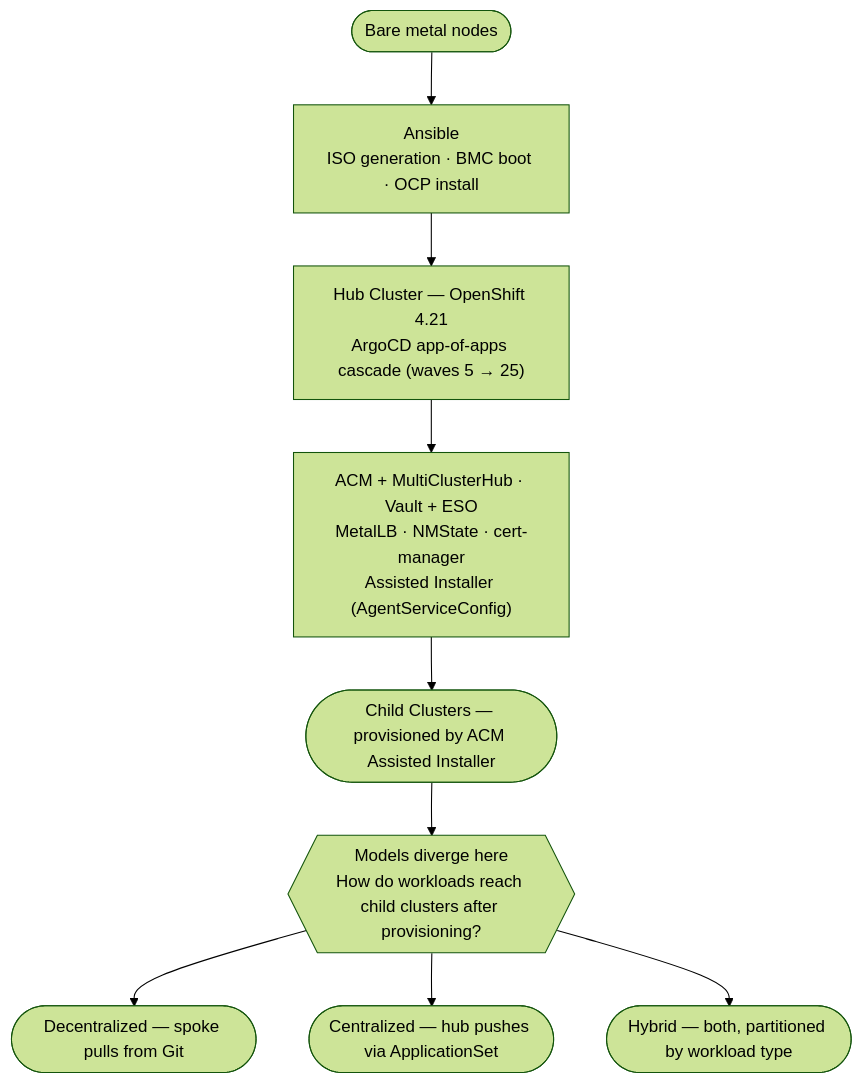
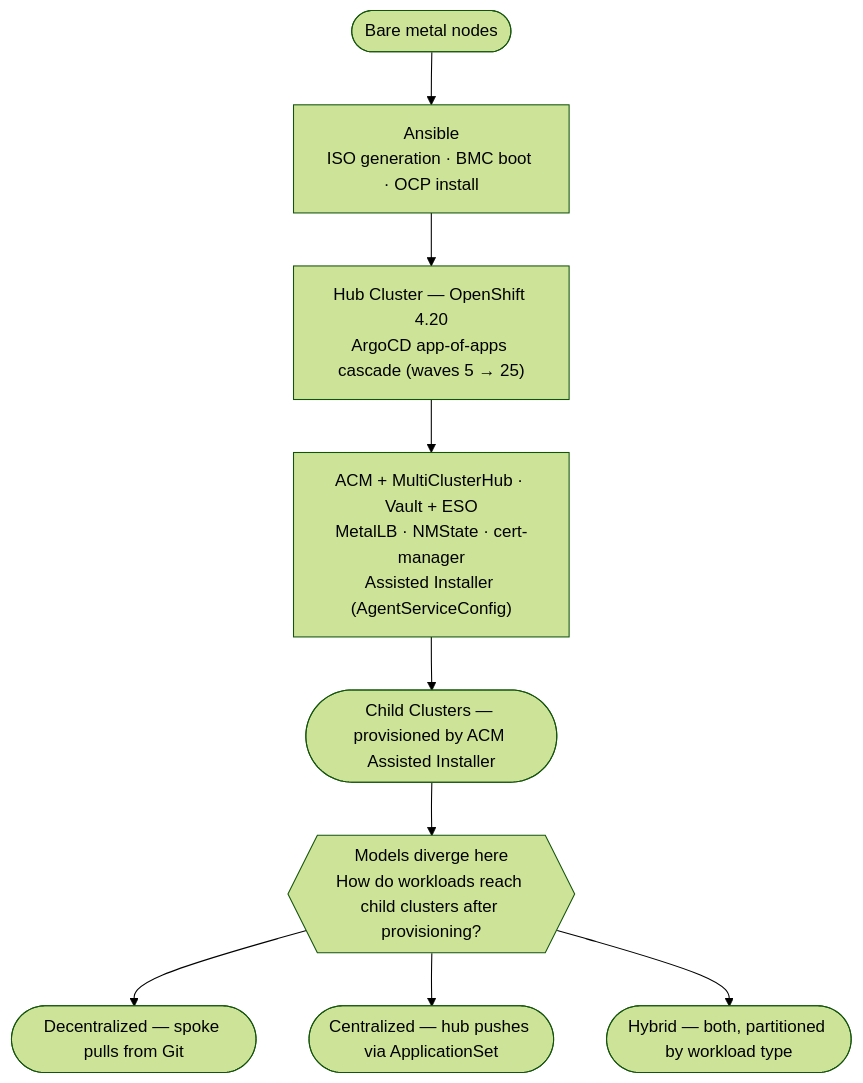
One commit to heatmiser/openshift-acm-app-of-apps changed the first of 4 diagrams in docs/gitops-delivery-models.md. Above: the diagram before and after it, drawn with Mermaid (forest theme). The commit also changed 12 other files, not shown here.

````diff
--- a/docs/gitops-delivery-models.md
+++ b/docs/gitops-delivery-models.md
@@ -22,13 +22,13 @@
 ```mermaid
 flowchart TD
     A(["Bare metal nodes"]) --> B
     B["Ansible<br/>ISO generation · BMC boot · OCP install"] --> C
-    C["Hub Cluster — OpenShift 4.21<br/>ArgoCD app-of-apps cascade (waves 5 → 25)"] --> D
+    C["Hub Cluster — OpenShift 4.20<br/>ArgoCD app-of-apps cascade (waves 5 → 25)"] --> D
     D["ACM + MultiClusterHub · Vault + ESO<br/>MetalLB · NMState · cert-manager<br/>Assisted Installer (AgentServiceConfig)"] --> E
     E(["Child Clusters — provisioned by ACM Assisted Installer"]) --> F
 
     F{{"Models diverge here<br/>How do workloads reach child clusters after provisioning?"}}
     F --> G([Decentralized — spoke pulls from Git])
     F --> H([Centralized — hub pushes via ApplicationSet])
     F --> I([Hybrid — both, partitioned by workload type])
 ```
````
